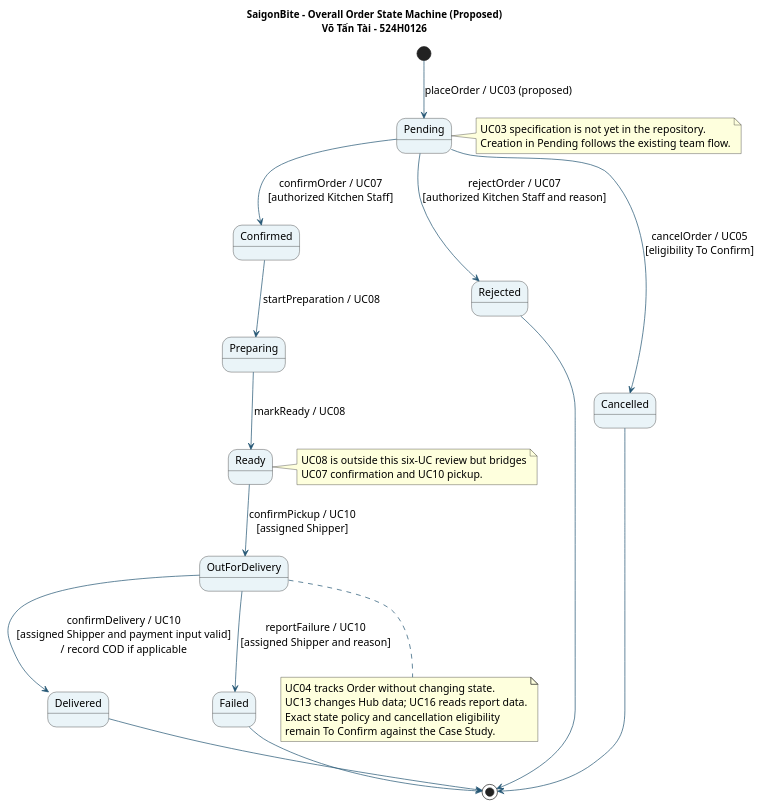
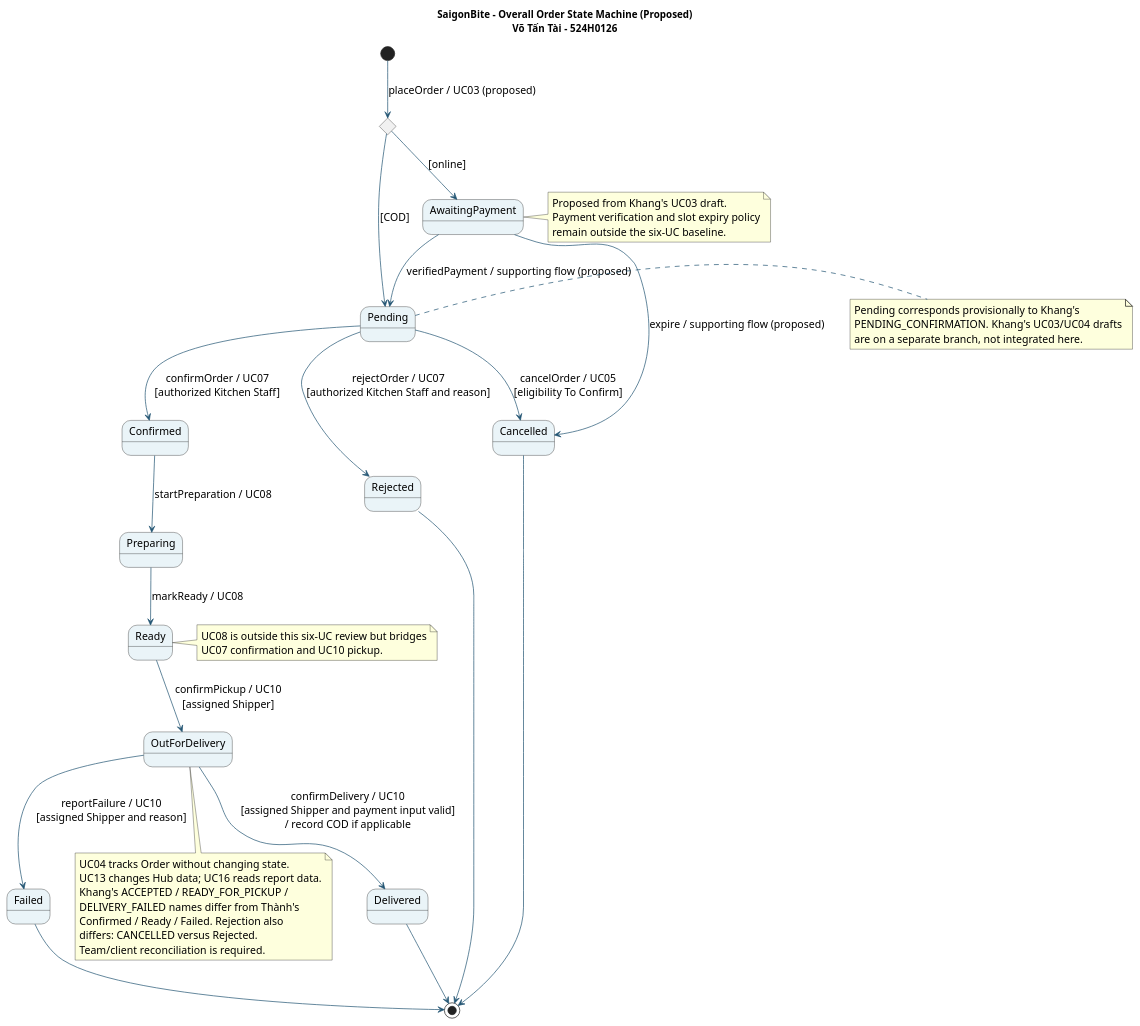
Before and after one commit to minhthanhle2309/SaigonBite-RAD: the diagram in docs/sprint1/shared/domain-model/07-overall-order-state.puml, drawn with PlantUML. The commit also changed 14 other files, not shown here.

```diff
--- a/docs/sprint1/shared/domain-model/07-overall-order-state.puml
+++ b/docs/sprint1/shared/domain-model/07-overall-order-state.puml
@@ -1,38 +1,52 @@
 @startuml
 skinparam backgroundColor #FFFFFF
 skinparam defaultFontName Arial
 skinparam defaultFontSize 15
 skinparam shadowing false
 skinparam ArrowColor #235573
 skinparam stateBackgroundColor #EAF4F8
 title SaigonBite - Overall Order State Machine (Proposed)\nVõ Tấn Tài - 524H0126
 
-[*] --> Pending : placeOrder / UC03 (proposed)
+state PaymentChoice <<choice>>
+[*] --> PaymentChoice : placeOrder / UC03 (proposed)
+PaymentChoice --> Pending : [COD]
+PaymentChoice --> AwaitingPayment : [online]
+AwaitingPayment --> Pending : verifiedPayment / supporting flow (proposed)
+AwaitingPayment --> Cancelled : expire / supporting flow (proposed)
 Pending --> Confirmed : confirmOrder / UC07\n[authorized Kitchen Staff]
 Pending --> Rejected : rejectOrder / UC07\n[authorized Kitchen Staff and reason]
 Pending --> Cancelled : cancelOrder / UC05\n[eligibility To Confirm]
 Confirmed --> Preparing : startPreparation / UC08
 Preparing --> Ready : markReady / UC08
 Ready --> OutForDelivery : confirmPickup / UC10\n[assigned Shipper]
 OutForDelivery --> Delivered : confirmDelivery / UC10\n[assigned Shipper and payment input valid]\n/ record COD if applicable
 OutForDelivery --> Failed : reportFailure / UC10\n[assigned Shipper and reason]
 Rejected --> [*]
 Cancelled --> [*]
 Delivered --> [*]
 Failed --> [*]
 
 note right of Pending
-  UC03 specification is not yet in the repository.
-  Creation in Pending follows the existing team flow.
+  Pending corresponds provisionally to Khang's
+  PENDING_CONFIRMATION. Khang's UC03/UC04 drafts
+  are on a separate branch, not integrated here.
+end note
+note right of AwaitingPayment
+  Proposed from Khang's UC03 draft.
+  Payment verification and slot expiry policy
+  remain outside the six-UC baseline.
 end note
 note right of Ready
   UC08 is outside this six-UC review but bridges
   UC07 confirmation and UC10 pickup.
 end note
 note bottom of OutForDelivery
   UC04 tracks Order without changing state.
   UC13 changes Hub data; UC16 reads report data.
-  Exact state policy and cancellation eligibility
-  remain To Confirm against the Case Study.
+  Khang's ACCEPTED / READY_FOR_PICKUP /
+  DELIVERY_FAILED names differ from Thành's
+  Confirmed / Ready / Failed. Rejection also
+  differs: CANCELLED versus Rejected.
+  Team/client reconciliation is required.
 end note
 @enduml
```
